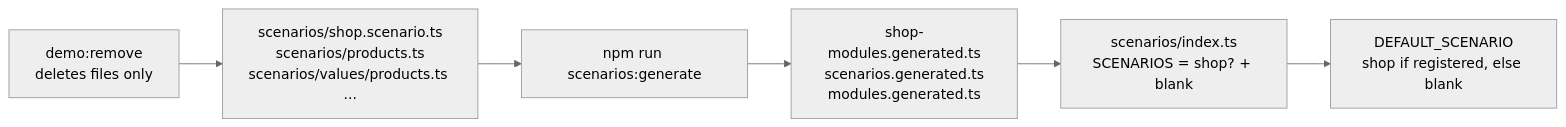
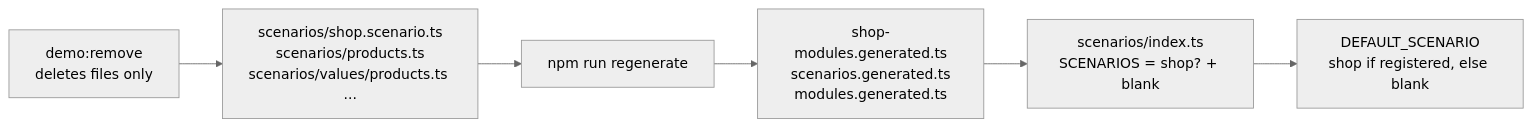
One commit to Guebbit/boilerplate-node-backend changed the third of 3 diagrams in docs/tools/demo-profile.md. Above: the diagram before and after it, drawn with Mermaid (neutral theme). The commit also changed other lines of this file and 112 other files, not shown here.

````diff
--- a/docs/tools/demo-profile.md
+++ b/docs/tools/demo-profile.md
@@ -240,8 +240,8 @@
 ```mermaid
 flowchart LR
     Strip["demo:remove<br/>deletes files only"] --> Gone["scenarios/shop.scenario.ts<br/>scenarios/products.ts<br/>scenarios/values/products.ts ..."]
-    Gone --> Gen["npm run scenarios:generate"]
+    Gone --> Gen["npm run regenerate"]
     Gen --> Reg["shop-modules.generated.ts<br/>scenarios.generated.ts<br/>modules.generated.ts"]
     Reg --> Index["scenarios/index.ts<br/>SCENARIOS = shop? + blank"]
     Index --> Default["DEFAULT_SCENARIO<br/>shop if registered, else blank"]
 ```
````
